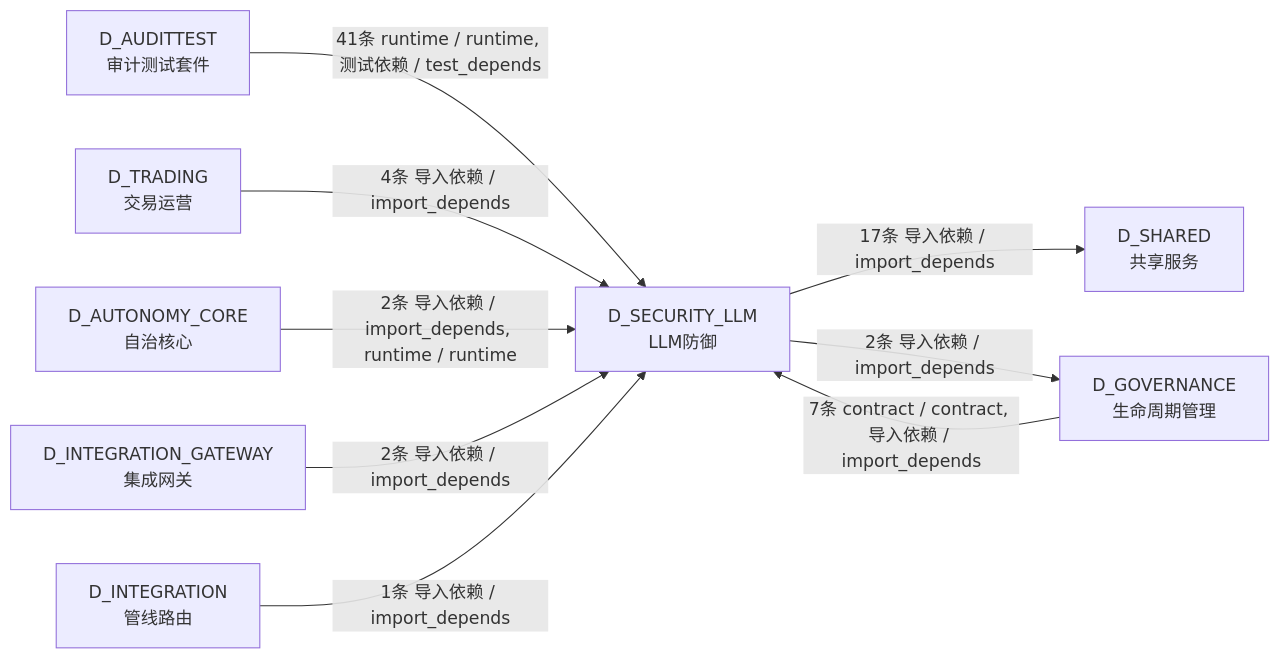
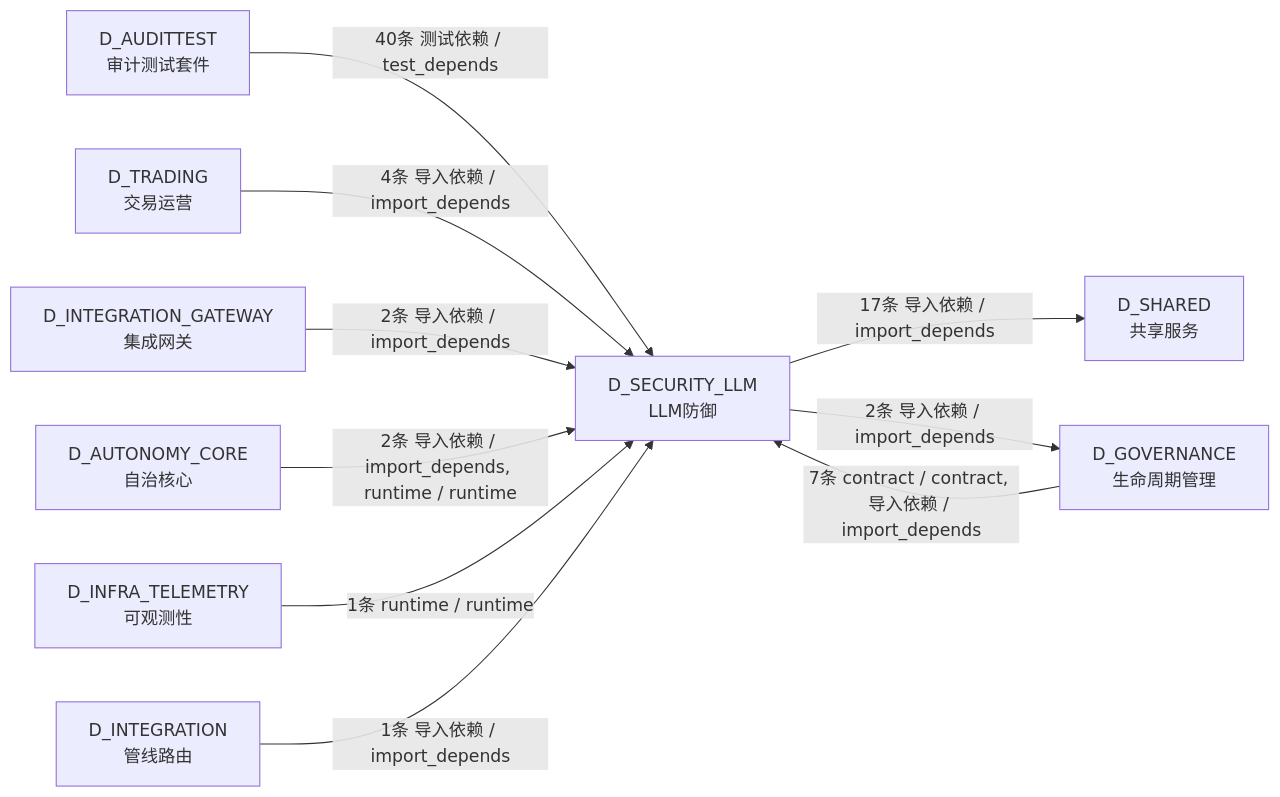
The fifth of 5 diagrams in docs/02_enterprise_architecture/02_domain_architecture_docs/18_d_security_llm.md (xuanFelixVan/ZephyrAlpha), drawn with Mermaid before and after one commit. The commit also changed other lines of this file and 99 other files, not shown here.

````diff
--- a/docs/02_enterprise_architecture/02_domain_architecture_docs/18_d_security_llm.md
+++ b/docs/02_enterprise_architecture/02_domain_architecture_docs/18_d_security_llm.md
@@ -526,19 +520,21 @@
 ```mermaid
 graph LR
     D_SECURITY_LLM["D_SECURITY_LLM<br/>LLM防御"]
     D_SHARED["D_SHARED<br/>共享服务"]
     D_GOVERNANCE["D_GOVERNANCE<br/>生命周期管理"]
     D_AUDITTEST["D_AUDITTEST<br/>审计测试套件"]
     D_TRADING["D_TRADING<br/>交易运营"]
+    D_INTEGRATION_GATEWAY["D_INTEGRATION_GATEWAY<br/>集成网关"]
     D_AUTONOMY_CORE["D_AUTONOMY_CORE<br/>自治核心"]
-    D_INTEGRATION_GATEWAY["D_INTEGRATION_GATEWAY<br/>集成网关"]
+    D_INFRA_TELEMETRY["D_INFRA_TELEMETRY<br/>可观测性"]
     D_INTEGRATION["D_INTEGRATION<br/>管线路由"]
     D_SECURITY_LLM -->|17条 导入依赖 / import_depends| D_SHARED
     D_SECURITY_LLM -->|2条 导入依赖 / import_depends| D_GOVERNANCE
-    D_AUDITTEST -->|41条 runtime / runtime, 测试依赖 / test_depends| D_SECURITY_LLM
+    D_AUDITTEST -->|40条 测试依赖 / test_depends| D_SECURITY_LLM
     D_GOVERNANCE -->|7条 contract / contract, 导入依赖 / import_depends| D_SECURITY_LLM
     D_TRADING -->|4条 导入依赖 / import_depends| D_SECURITY_LLM
+    D_INTEGRATION_GATEWAY -->|2条 导入依赖 / import_depends| D_SECURITY_LLM
     D_AUTONOMY_CORE -->|2条 导入依赖 / import_depends, runtime / runtime| D_SECURITY_LLM
-    D_INTEGRATION_GATEWAY -->|2条 导入依赖 / import_depends| D_SECURITY_LLM
+    D_INFRA_TELEMETRY -->|1条 runtime / runtime| D_SECURITY_LLM
     D_INTEGRATION -->|1条 导入依赖 / import_depends| D_SECURITY_LLM
 ```
````
